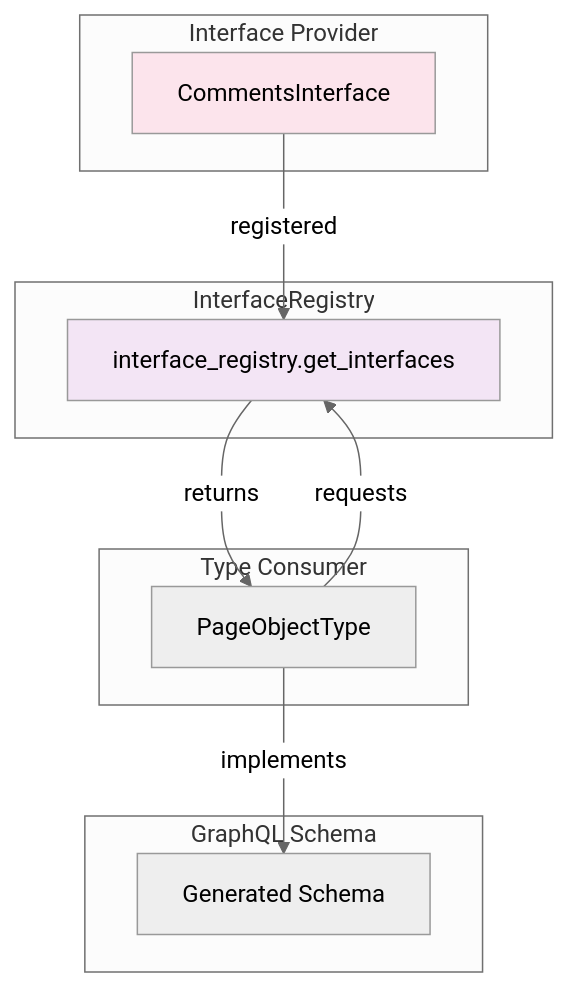
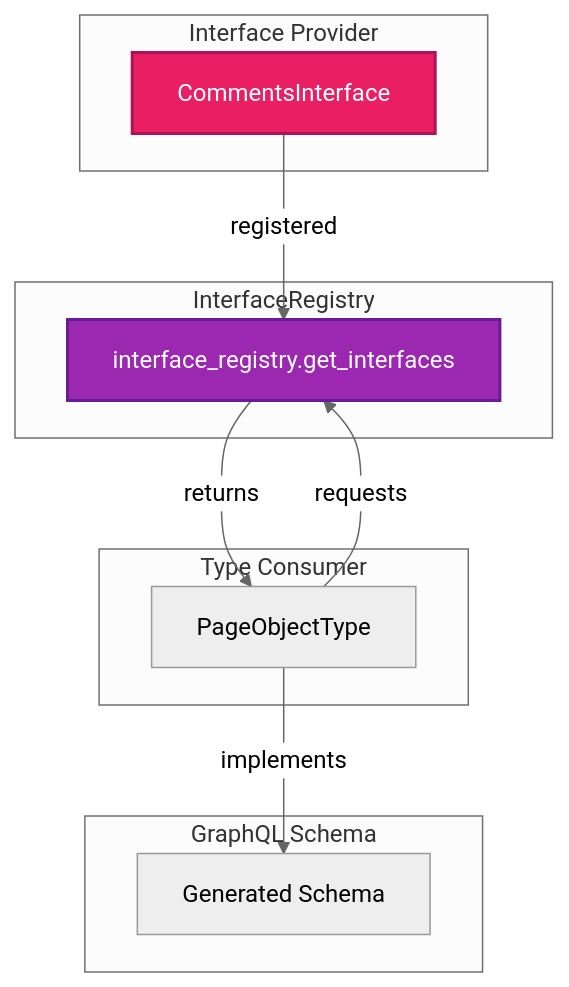
The seventh of 8 diagrams in PLUGIN_ARCHITECTURE.md (silverlogic/baseapp-backend), drawn with Mermaid (neutral theme) before and after one commit. The commit also changed other lines of this file, not shown here.

````diff
--- a/PLUGIN_ARCHITECTURE.md
+++ b/PLUGIN_ARCHITECTURE.md
@@ -667,26 +667,26 @@
 ```mermaid
 graph TB
     subgraph "Interface Provider"
         CI[CommentsInterface]
     end
     
     subgraph "InterfaceRegistry"
         IR[interface_registry.get_interfaces]
     end
     
     subgraph "Type Consumer"
         PO[PageObjectType]
     end
     
     subgraph "GraphQL Schema"
         GS[Generated Schema]
     end
     
     CI -->|registered| IR
     PO -->|requests| IR
     IR -->|returns| PO
     PO -->|implements| GS
     
-    style IR fill:#f3e5f5
-    style CI fill:#fce4ec
+    style IR fill:#9C27B0,stroke:#6A1B9A,stroke-width:2px,color:#fff
+    style CI fill:#E91E63,stroke:#AD1457,stroke-width:2px,color:#fff
 ```
````
